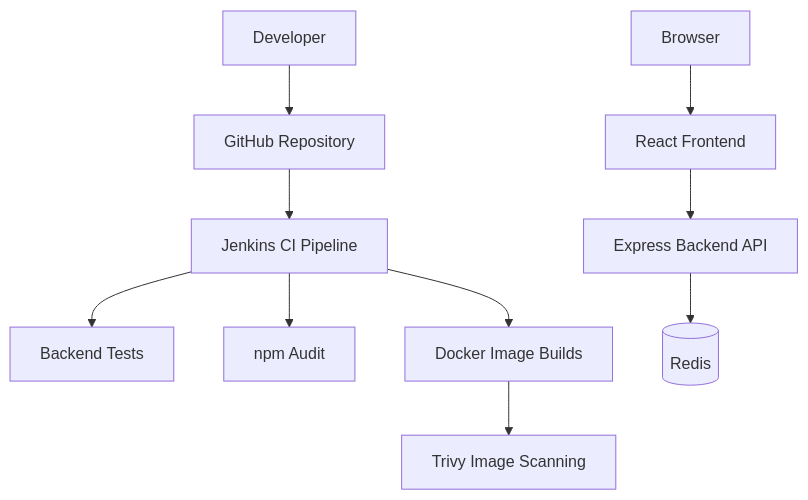
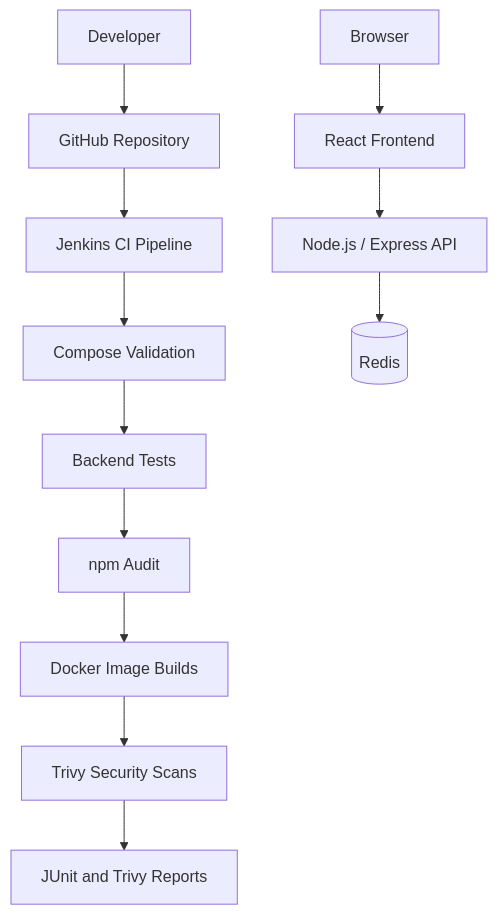
One commit to rajavarma21/cloud-native-devsecops-platform changed the diagram in README.md. Above: the diagram before and after it, drawn with Mermaid. The commit also changed other lines of this file, not shown here.

Commit message:
docs: update README with CI reports and security gate

````diff
--- a/README.md
+++ b/README.md
@@ -31,12 +33,15 @@
 ```mermaid
 flowchart TD
-    Dev[Developer] --> Git[GitHub Repository]
-    Git --> Jenkins[Jenkins CI Pipeline]
-    Jenkins --> Tests[Backend Tests]
-    Jenkins --> Audit[npm Audit]
-    Jenkins --> Build[Docker Image Builds]
-    Build --> Scan[Trivy Image Scanning]
+    Developer[Developer] --> GitHub[GitHub Repository]
+    GitHub --> Jenkins[Jenkins CI Pipeline]
+    Jenkins --> Validate[Compose Validation]
+    Validate --> Tests[Backend Tests]
+    Tests --> Audit[npm Audit]
+    Audit --> Build[Docker Image Builds]
+    Build --> Trivy[Trivy Security Scans]
+    Trivy --> Reports[JUnit and Trivy Reports]
+
     Browser[Browser] --> Frontend[React Frontend]
-    Frontend --> API[Express Backend API]
-    API --> Redis[(Redis)]
+    Frontend --> Backend[Node.js / Express API]
+    Backend --> Redis[(Redis)]
 ```
````
